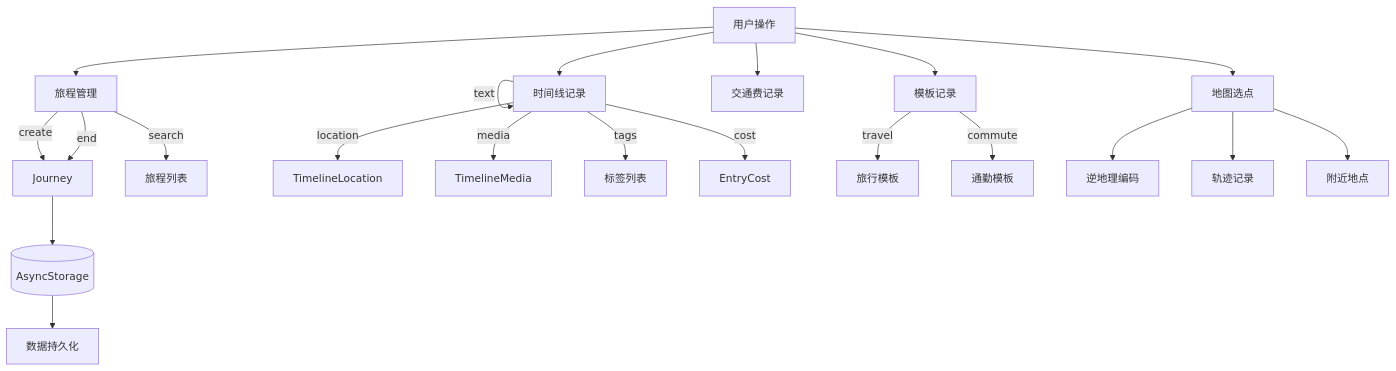
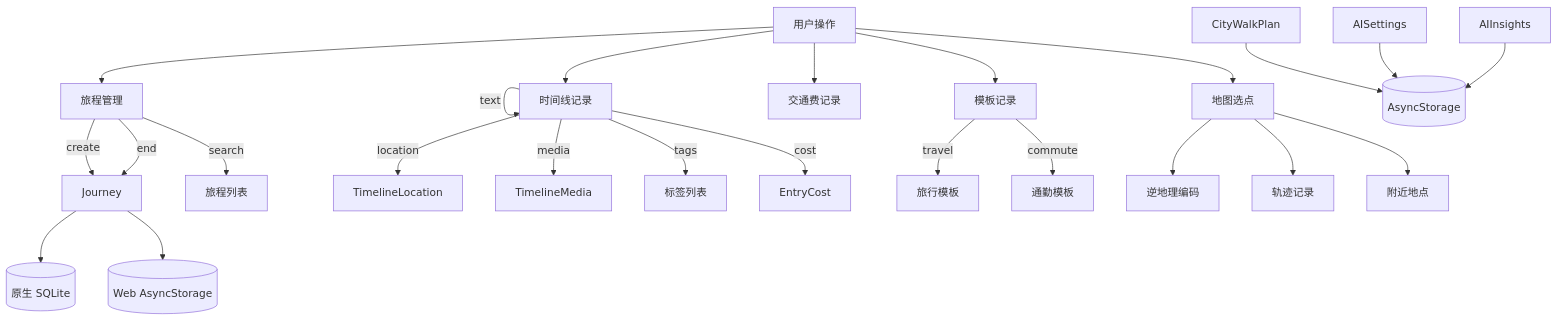
The diagram in docs/data-models.md (dsjerry/gowherer-web), drawn with Mermaid before and after one commit. The commit also changed other lines of this file and 11 other files, not shown here.

Commit message:
docs: document AI and City Walk features

````diff
--- a/docs/data-models.md
+++ b/docs/data-models.md
@@ -257,28 +280,31 @@
 ```mermaid
 flowchart TD
     User[用户操作] --> JourneyMgmt[旅程管理]
     User --> TimelineEntry[时间线记录]
     User --> Cost[交通费记录]
     User --> Template[模板记录]
     User --> Map[地图选点]
 
     JourneyMgmt -->|create| Journey[Journey]
     JourneyMgmt -->|end| Journey
     JourneyMgmt -->|search| JourneyList[旅程列表]
 
     TimelineEntry -->|text| TimelineEntry
     TimelineEntry -->|location| TimelineLocation
     TimelineEntry -->|media| TimelineMedia
     TimelineEntry -->|tags| TagList[标签列表]
     TimelineEntry -->|cost| EntryCost
 
     Template -->|travel| TravelTemplate[旅行模板]
     Template -->|commute| CommuteTemplate[通勤模板]
 
     Map --> ReverseGeocode[逆地理编码]
     Map --> Track[轨迹记录]
     Map --> Nearby[附近地点]
 
-    Journey --> Storage[(AsyncStorage)]
-    Storage --> Persistence[数据持久化]
+    Journey --> NativeDB[(原生 SQLite)]
+    Journey --> WebStorage[(Web AsyncStorage)]
+    CityWalkPlan --> AsyncStorage[(AsyncStorage)]
+    AISettings --> AsyncStorage
+    AIInsights --> AsyncStorage
 ```
````
